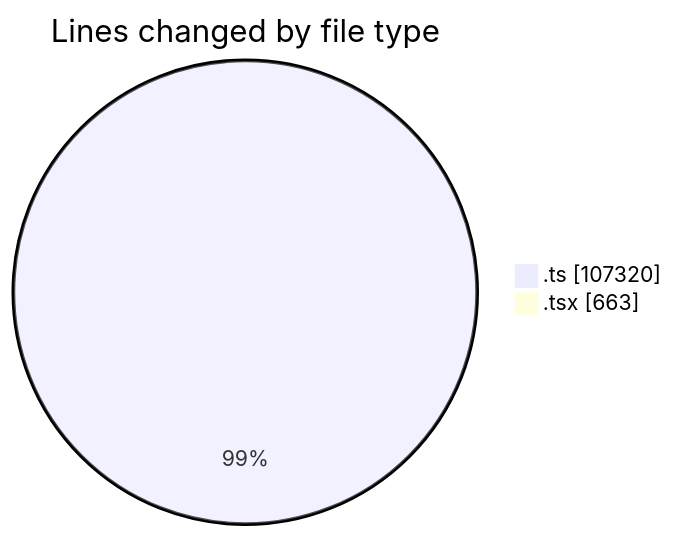
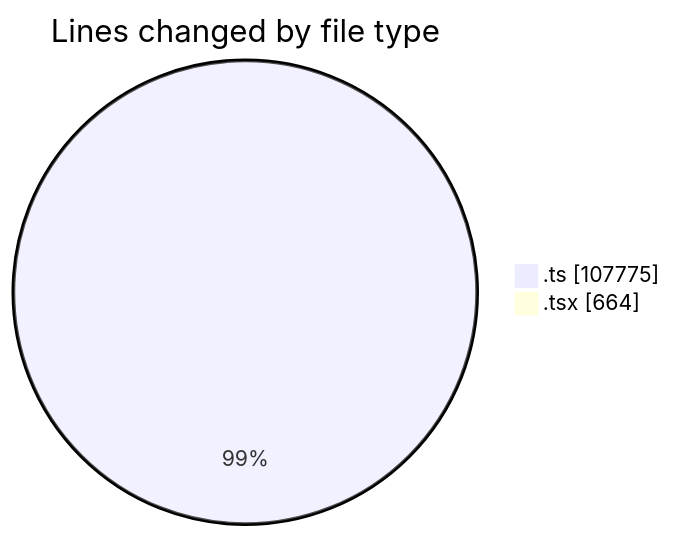
One commit to momahboobian/code-tracking changed the first of 2 diagrams in 2025-08-22/cda/README.md. Above: the diagram before and after it, drawn with Mermaid. The commit also changed other lines of this file and 1 other file, not shown here.

````diff
--- a/2025-08-22/cda/README.md
+++ b/2025-08-22/cda/README.md
@@ -32,6 +32,6 @@
 ```mermaid
 pie showData
 title Lines changed by file type
-".ts" : 107320
-".tsx" : 663
+".ts" : 107775
+".tsx" : 664
 ```
````
